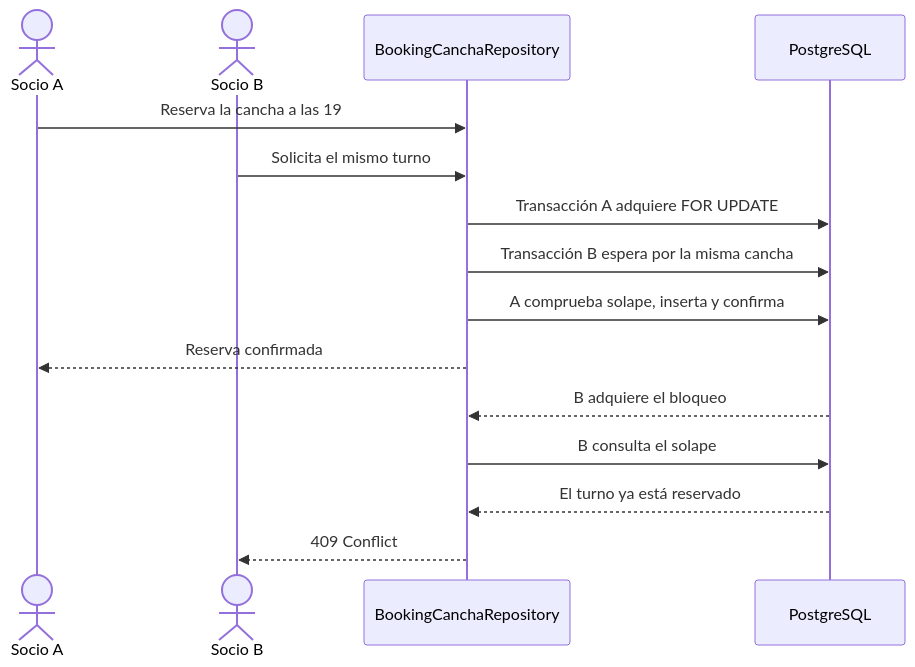
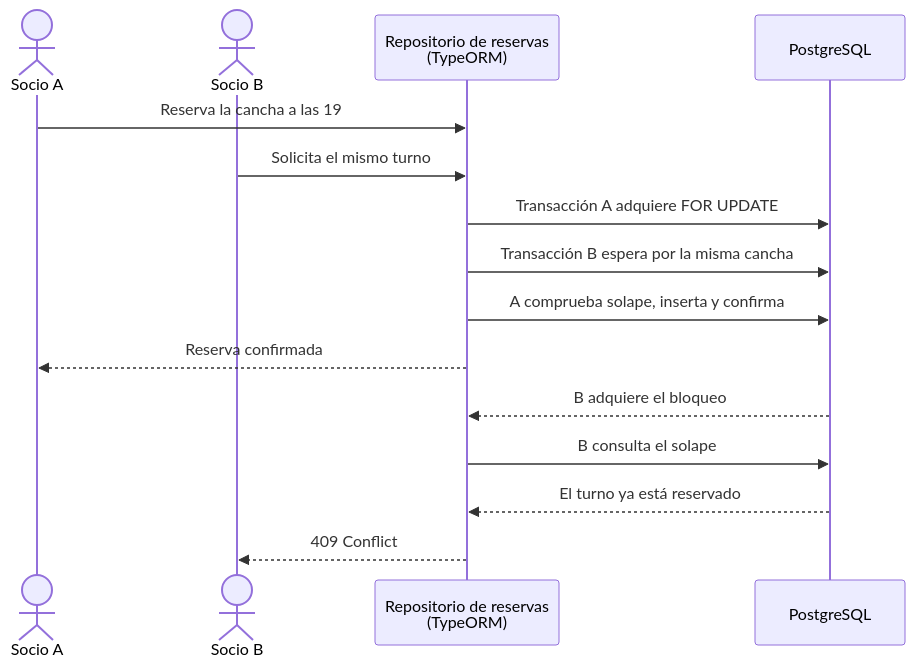
Before and after one commit to Martinzanandrea/FitZoneSports: the diagram in docs/diagramas/uml-secuencia-reserva-concurrente.mmd, drawn with Mermaid. The commit also changed 6 other files, not shown here.

Commit message:
Regenerar diagramas de pipeline y reserva, usar SVG en el Dossier y reemplazar el volcado SQL

```diff
--- a/docs/diagramas/uml-secuencia-reserva-concurrente.mmd
+++ b/docs/diagramas/uml-secuencia-reserva-concurrente.mmd
@@ -1,16 +1,16 @@
 %% FitZone Sports · Retamoso, Máximo · 2026-11-09 · v1.0
 sequenceDiagram
   actor A as Socio A
   actor B as Socio B
-  participant API as BookingCanchaRepository
+  participant API as Repositorio de reservas<br/>(TypeORM)
   participant DB as PostgreSQL
   A->>API: Reserva la cancha a las 19
   B->>API: Solicita el mismo turno
   API->>DB: Transacción A adquiere FOR UPDATE
   API->>DB: Transacción B espera por la misma cancha
   API->>DB: A comprueba solape, inserta y confirma
   API-->>A: Reserva confirmada
   DB-->>API: B adquiere el bloqueo
   API->>DB: B consulta el solape
   DB-->>API: El turno ya está reservado
   API-->>B: 409 Conflict
```
